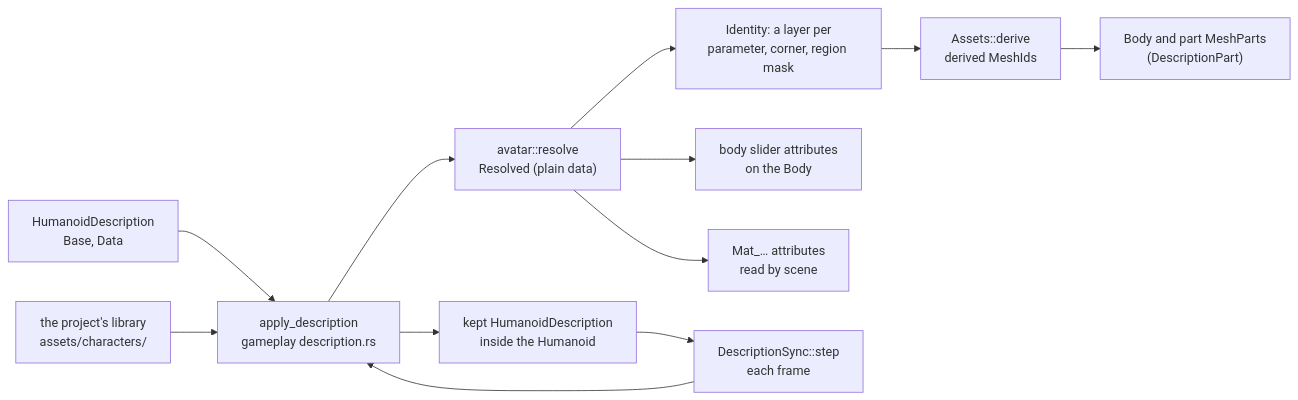
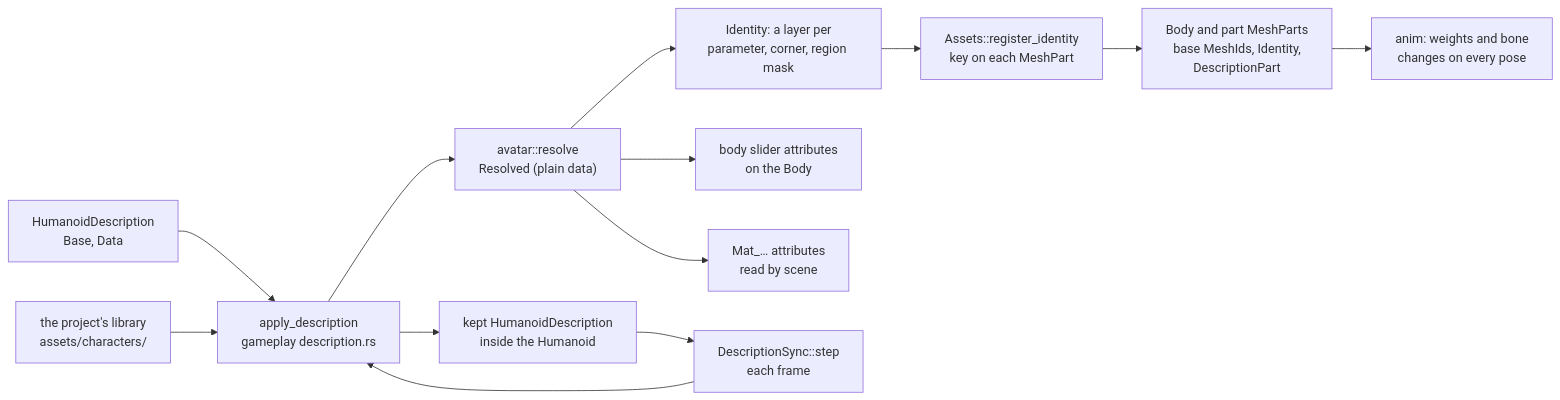
One commit to Axcenity-Studios/Axcenity-Engine changed the second of 2 diagrams in wiki/Engine-Systems/Characters.md. Above: the diagram before and after it, drawn with Mermaid. The commit also changed other lines of this file and 32 other files, not shown here.

````diff
--- a/wiki/Engine-Systems/Characters.md
+++ b/wiki/Engine-Systems/Characters.md
@@ -41,14 +41,15 @@
 ```mermaid
 flowchart LR
   D["HumanoidDescription<br/>Base, Data"] --> A["apply_description<br/>gameplay description.rs"]
   L["the project's library<br/>assets/characters/"] --> A
   A --> R["avatar::resolve<br/>Resolved (plain data)"]
   R --> I["Identity: a layer per<br/>parameter, corner, region mask"]
-  I --> M["Assets::derive<br/>derived MeshIds"]
-  M --> P["Body and part MeshParts<br/>(DescriptionPart)"]
+  I --> M["Assets::register_identity<br/>key on each MeshPart"]
+  M --> P["Body and part MeshParts<br/>base MeshIds, Identity,<br/>DescriptionPart"]
+  P --> W["anim: weights and bone<br/>changes on every pose"]
   R --> S["body slider attributes<br/>on the Body"]
   R --> V["Mat_… attributes<br/>read by scene"]
   A --> K["kept HumanoidDescription<br/>inside the Humanoid"]
   K --> Y["DescriptionSync::step<br/>each frame"]
   Y --> A
 ```
````
